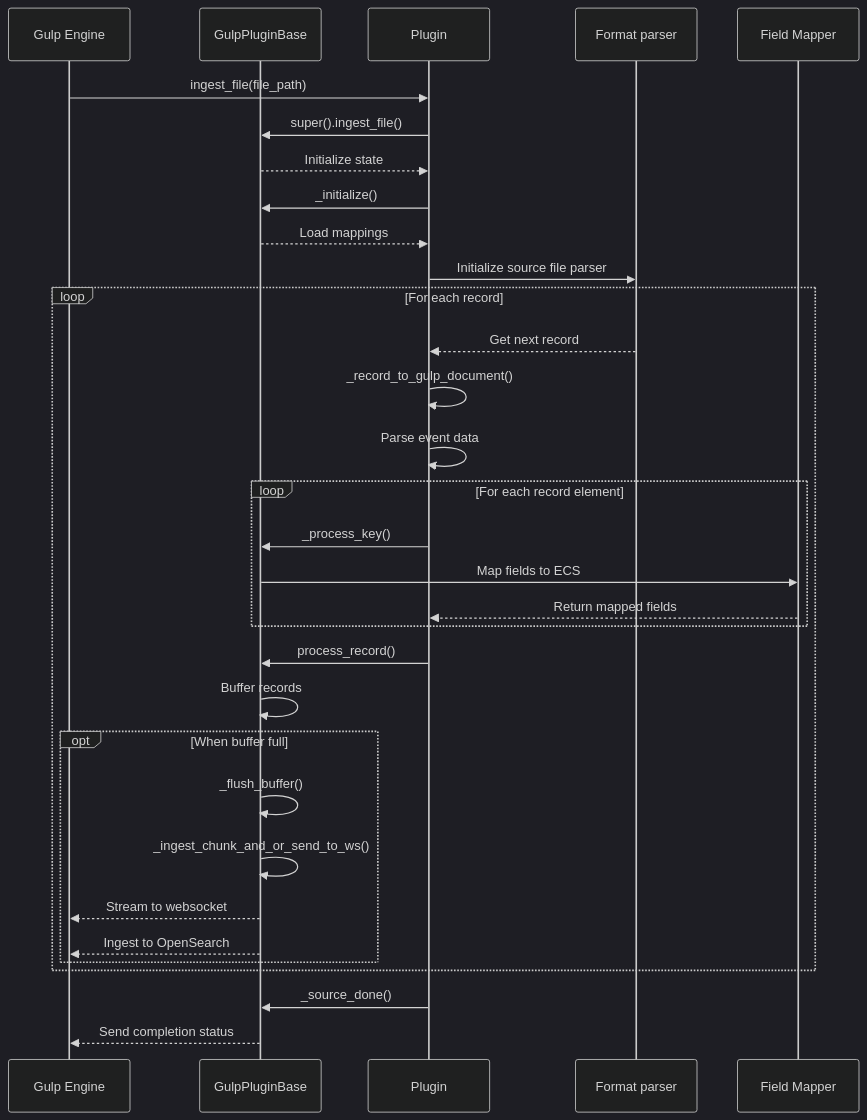
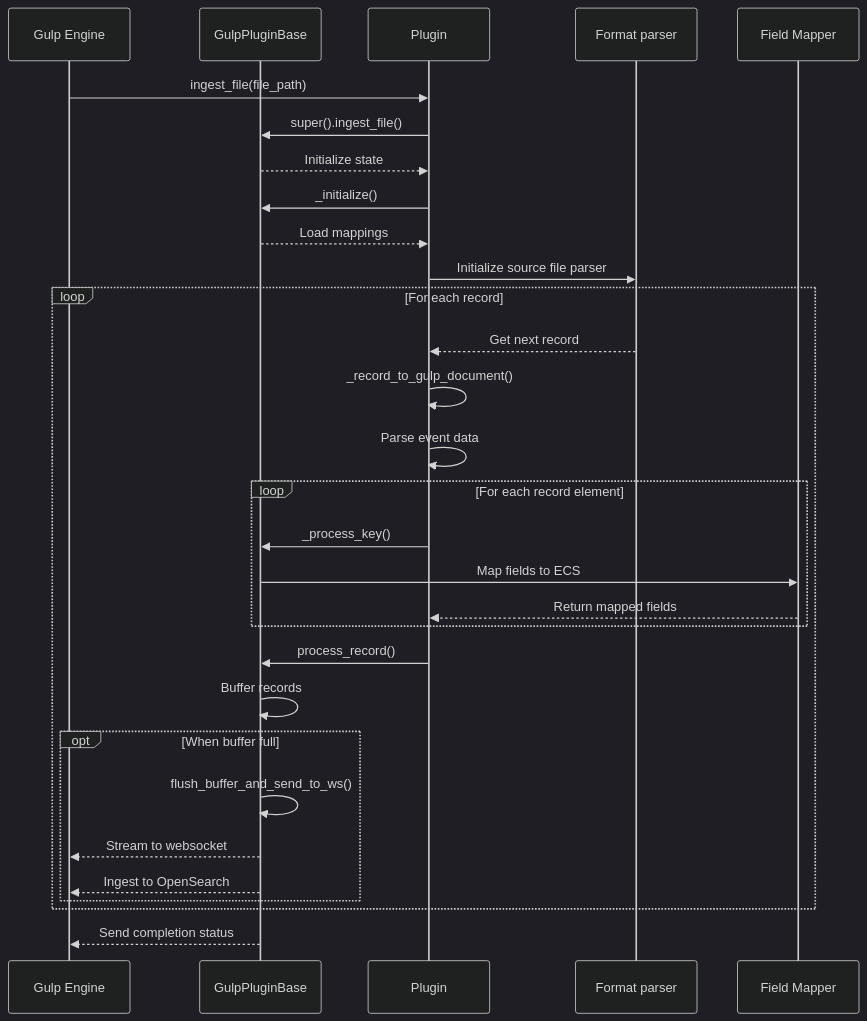
Before and after one commit to mentat-is/gulp: the first of 5 diagrams in docs/plugins_and_mapping.md, drawn with Mermaid (dark theme). The commit also changed other lines of this file and 4 other files, not shown here.

```diff
--- a/docs/plugins_and_mapping.md
+++ b/docs/plugins_and_mapping.md
@@ -217,40 +218,38 @@
 ~~~mermaid
 sequenceDiagram
     participant Engine as Gulp Engine
     participant Base as GulpPluginBase
     participant Plugin as Plugin
     participant Parser as Format parser
     participant Mapper as Field Mapper
 
     Engine->>Plugin: ingest_file(file_path)
     Plugin->>Base: super().ingest_file()
     Base-->>Plugin: Initialize state
     Plugin->>Base: _initialize()
     Base-->>Plugin: Load mappings
 
     Plugin->>Parser: Initialize source file parser
 
     loop For each record
         Parser-->>Plugin: Get next record
         Plugin->>Plugin: _record_to_gulp_document()
         Plugin->>Plugin: Parse event data
 
         loop For each record element
             Plugin->>Base: _process_key()
             Base->>Mapper: Map fields to ECS
             Mapper-->>Plugin: Return mapped fields
         end
 
         Plugin->>Base: process_record()
         Base->>Base: Buffer records
         opt When buffer full
-            Base->>Base: _flush_buffer()
-            Base->>Base: _ingest_chunk_and_or_send_to_ws()
+            Base->>Base: flush_buffer_and_send_to_ws()
             Base-->>Engine: Stream to websocket
             Base-->>Engine: Ingest to OpenSearch
         end
     end
 
-    Plugin->>Base: _source_done()
     Base-->>Engine: Send completion status
 ~~~
```
